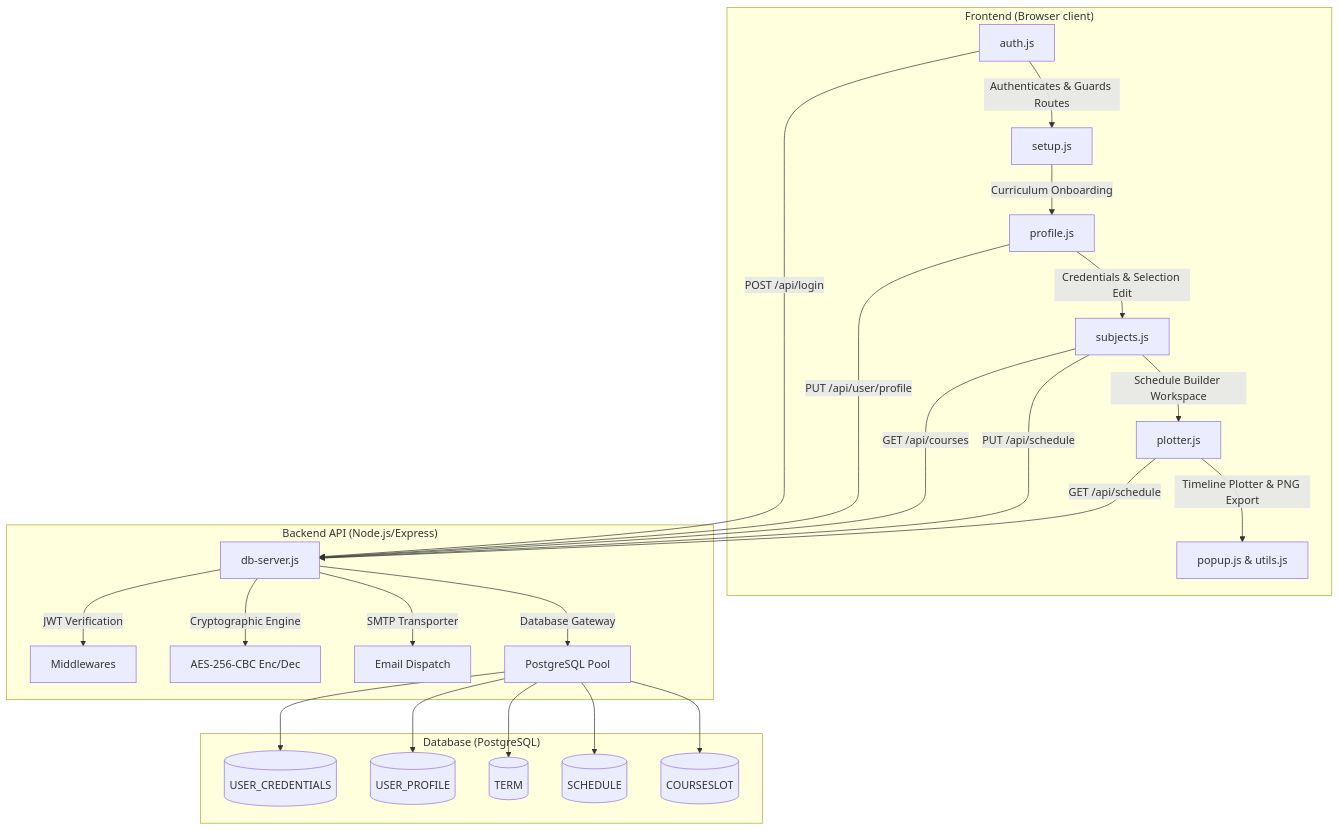
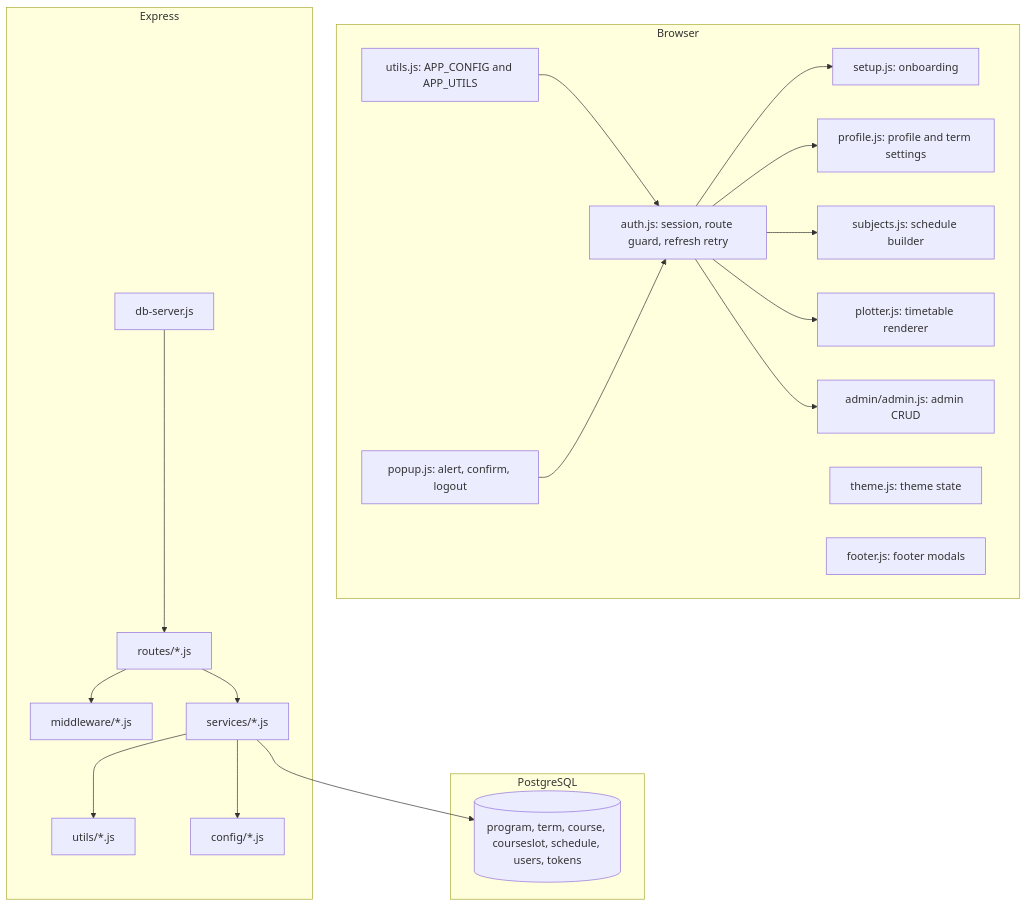
Before and after one commit to CDJ-AppDev/CDJ-academic-schedule-builder: the diagram in public/notes/JS-ARCHITECTURE.md, drawn with Mermaid. The commit also changed other lines of this file and 9 other files, not shown here.

````diff
--- a/public/notes/JS-ARCHITECTURE.md
+++ b/public/notes/JS-ARCHITECTURE.md
@@ -11,38 +9,42 @@
 ```mermaid
 graph TD
-    subgraph "Frontend (Browser client)"
-        A[auth.js] -->|Authenticates & Guards Routes| B[setup.js]
-        B -->|Curriculum Onboarding| C[profile.js]
-        C -->|Credentials & Selection Edit| D[subjects.js]
-        D -->|Schedule Builder Workspace| E[plotter.js]
-        E -->|Timeline Plotter & PNG Export| F[popup.js & utils.js]
+    subgraph Browser
+        U[utils.js: APP_CONFIG and APP_UTILS]
+        A[auth.js: session, route guard, refresh retry]
+        T[theme.js: theme state]
+        P[popup.js: alert, confirm, logout]
+        S[setup.js: onboarding]
+        R[profile.js: profile and term settings]
+        B[subjects.js: schedule builder]
+        V[plotter.js: timetable renderer]
+        F[footer.js: footer modals]
+        ADM[admin/admin.js: admin CRUD]
     end
 
-    subgraph "Backend API (Node.js/Express)"
-        G[db-server.js] -->|JWT Verification| H[Middlewares]
-        G -->|Cryptographic Engine| I[AES-256-CBC Enc/Dec]
-        G -->|SMTP Transporter| J[Email Dispatch]
-        G -->|Database Gateway| K[PostgreSQL Pool]
+    subgraph Express
+        DS[db-server.js]
+        RT[routes/*.js]
+        MW[middleware/*.js]
+        SV[services/*.js]
+        UT[utils/*.js]
+        CFG[config/*.js]
     end
 
-    subgraph "Database (PostgreSQL)"
-        L[(USER_CREDENTIALS)]
-        M[(USER_PROFILE)]
-        N[(TERM)]
-        O[(SCHEDULE)]
-        P[(COURSESLOT)]
+    subgraph PostgreSQL
+        DB[(program, term, course, courseslot, schedule, users, tokens)]
     end
 
-    %% Communication Lines
-    A -->|POST /api/login| G
-    C -->|PUT /api/user/profile| G
-    D -->|GET /api/courses| G
-    D -->|PUT /api/schedule| G
-    E -->|GET /api/schedule| G
-    
-    K --> L
-    K --> M
-    K --> N
-    K --> O
-    K --> P
+    U --> A
+    A --> S
+    A --> R
+    A --> B
+    A --> V
+    A --> ADM
+    P --> A
+    DS --> RT
+    RT --> MW
+    RT --> SV
+    SV --> UT
+    SV --> CFG
+    SV --> DB
 ```
````
